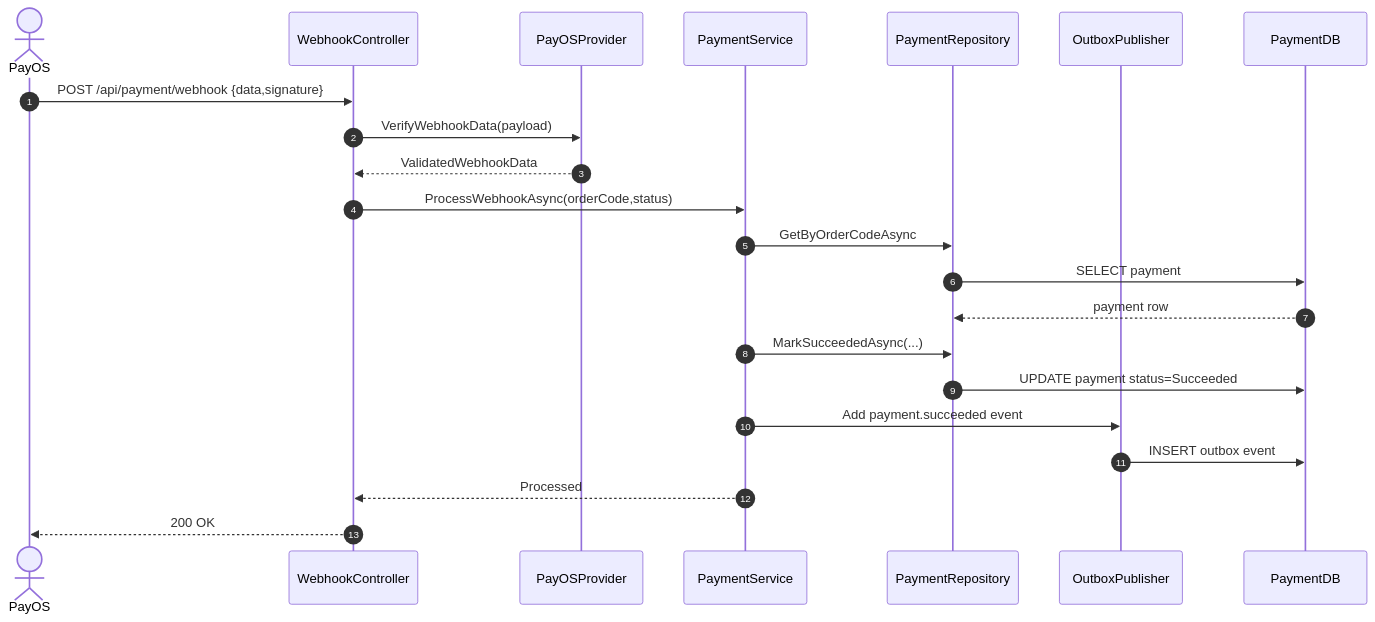
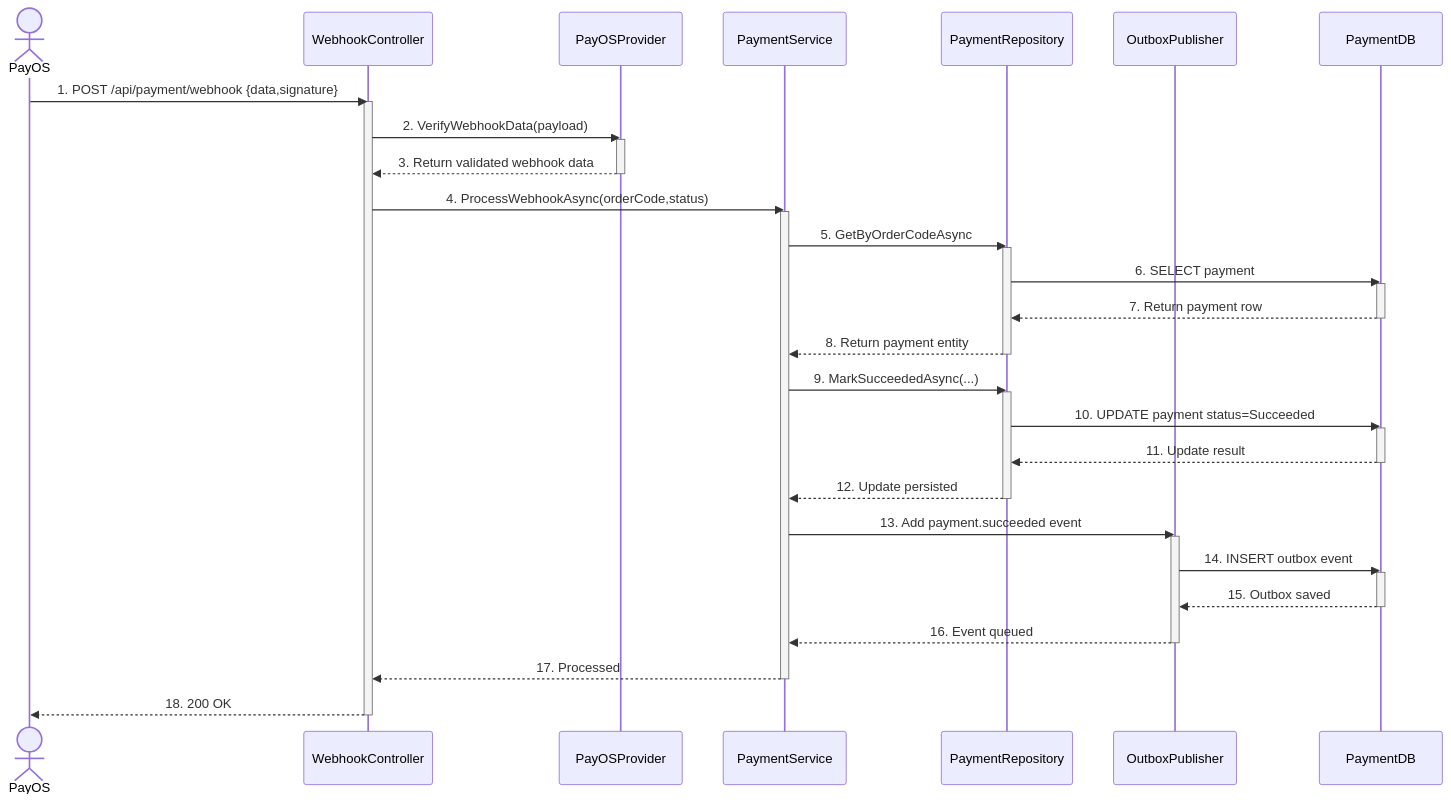
Before and after one commit to SEP490-CapstoneProject/SEP490_BE: the diagram in sequence_dia/payment_service_sequence_diagram.md, drawn with Mermaid. The commit also changed 14 other files, not shown here.

Commit message:
feat: Add sequence diagrams for various services and re-enable subscription quota check in ApplicationService

````diff
--- a/sequence_dia/payment_service_sequence_diagram.md
+++ b/sequence_dia/payment_service_sequence_diagram.md
@@ -1,25 +1,47 @@
 ```mermaid
 sequenceDiagram
-    autonumber
     actor PayOS
     participant WebhookController
     participant PayOSProvider
     participant PaymentService
     participant PaymentRepository
     participant OutboxPublisher
     participant PaymentDB
 
-    PayOS->>WebhookController: POST /api/payment/webhook {data,signature}
-    WebhookController->>PayOSProvider: VerifyWebhookData(payload)
-    PayOSProvider-->>WebhookController: ValidatedWebhookData
-    WebhookController->>PaymentService: ProcessWebhookAsync(orderCode,status)
-    PaymentService->>PaymentRepository: GetByOrderCodeAsync
-    PaymentRepository->>PaymentDB: SELECT payment
-    PaymentDB-->>PaymentRepository: payment row
-    PaymentService->>PaymentRepository: MarkSucceededAsync(...)
-    PaymentRepository->>PaymentDB: UPDATE payment status=Succeeded
-    PaymentService->>OutboxPublisher: Add payment.succeeded event
-    OutboxPublisher->>PaymentDB: INSERT outbox event
-    PaymentService-->>WebhookController: Processed
-    WebhookController-->>PayOS: 200 OK
+    PayOS->>WebhookController: 1. POST /api/payment/webhook {data,signature}
+    activate WebhookController
+    WebhookController->>PayOSProvider: 2. VerifyWebhookData(payload)
+    activate PayOSProvider
+    PayOSProvider-->>WebhookController: 3. Return validated webhook data
+    deactivate PayOSProvider
+    WebhookController->>PaymentService: 4. ProcessWebhookAsync(orderCode,status)
+    activate PaymentService
+    PaymentService->>PaymentRepository: 5. GetByOrderCodeAsync
+    activate PaymentRepository
+    PaymentRepository->>PaymentDB: 6. SELECT payment
+    activate PaymentDB
+    PaymentDB-->>PaymentRepository: 7. Return payment row
+    deactivate PaymentDB
+    PaymentRepository-->>PaymentService: 8. Return payment entity
+    deactivate PaymentRepository
+    PaymentService->>PaymentRepository: 9. MarkSucceededAsync(...)
+    activate PaymentRepository
+    PaymentRepository->>PaymentDB: 10. UPDATE payment status=Succeeded
+    activate PaymentDB
+    PaymentDB-->>PaymentRepository: 11. Update result
+    deactivate PaymentDB
+    PaymentRepository-->>PaymentService: 12. Update persisted
+    deactivate PaymentRepository
+    PaymentService->>OutboxPublisher: 13. Add payment.succeeded event
+    activate OutboxPublisher
+    OutboxPublisher->>PaymentDB: 14. INSERT outbox event
+    activate PaymentDB
+    PaymentDB-->>OutboxPublisher: 15. Outbox saved
+    deactivate PaymentDB
+    OutboxPublisher-->>PaymentService: 16. Event queued
+    deactivate OutboxPublisher
+    PaymentService-->>WebhookController: 17. Processed
+    deactivate PaymentService
+    WebhookController-->>PayOS: 18. 200 OK
+    deactivate WebhookController
 ```
````
